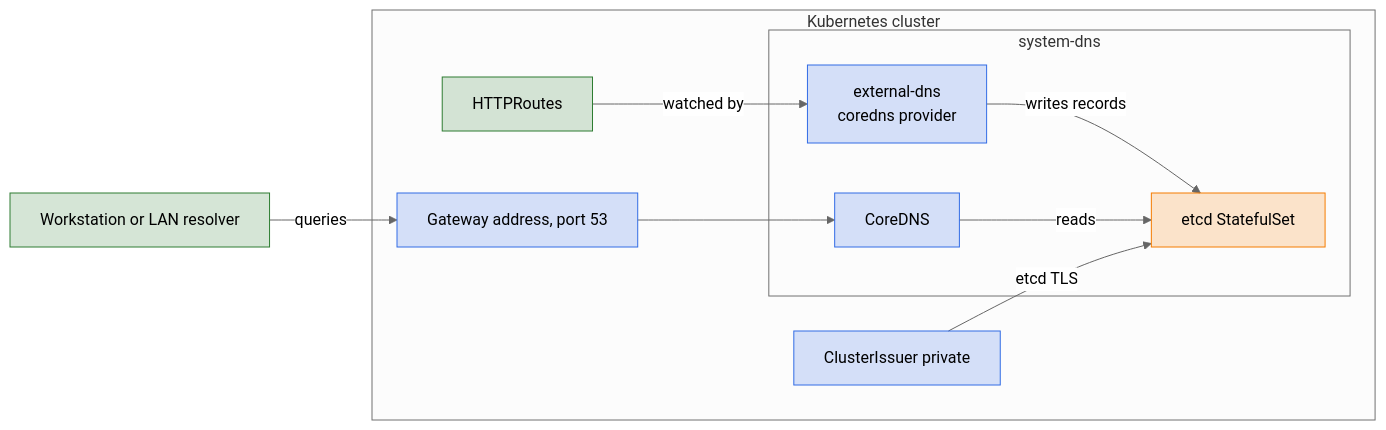
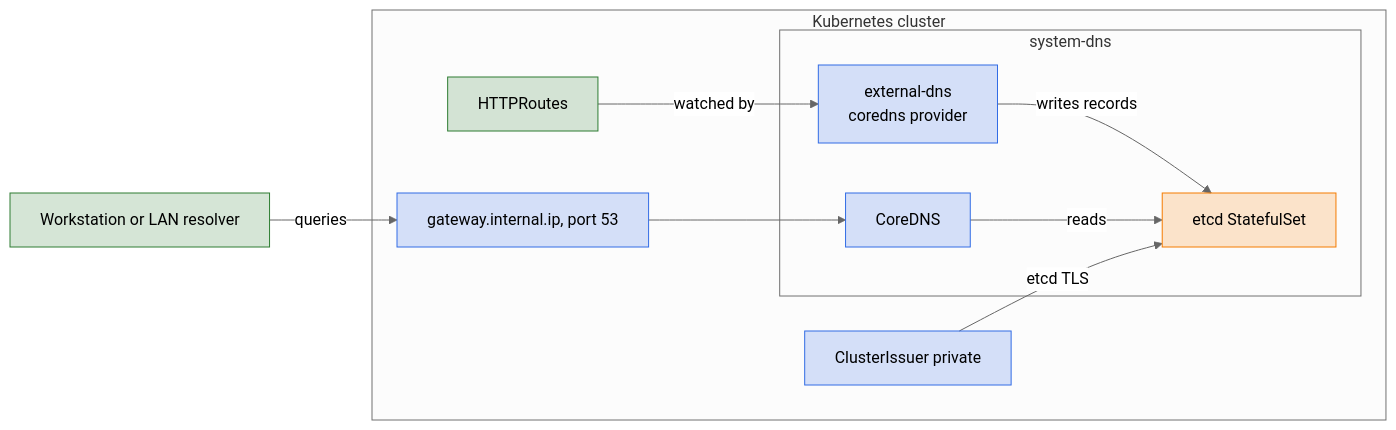
The diagram in docs/guides/dns/private.md (windsorcli/core), drawn with Mermaid (neutral theme) before and after one commit. The commit also changed other lines of this file and 11 other files, not shown here.

````diff
--- a/docs/guides/dns/private.md
+++ b/docs/guides/dns/private.md
@@ -59,29 +55,29 @@
 ```mermaid
 flowchart LR
   resolver[Workstation or LAN resolver]
 
   subgraph cluster[Kubernetes cluster]
     routes[HTTPRoutes]
     issuer[ClusterIssuer private]
-    gw[Gateway address, port 53]
+    gw[gateway.internal.ip, port 53]
 
     subgraph systemdns[system-dns]
       edns[external-dns<br/>coredns provider]
       coredns[CoreDNS]
       etcd[etcd StatefulSet]
     end
   end
 
   routes -->|watched by| edns
   edns -->|writes records| etcd
   coredns -->|reads| etcd
   issuer -->|etcd TLS| etcd
   resolver -->|queries| gw
   gw --> coredns
   classDef app fill:#2E7D3233,stroke:#2E7D32
   classDef store fill:#F57C0033,stroke:#F57C00
   classDef k8s fill:#326CE533,stroke:#326CE5
   class routes,resolver app
   class etcd store
   class edns,coredns,issuer,gw k8s
 ```
````
